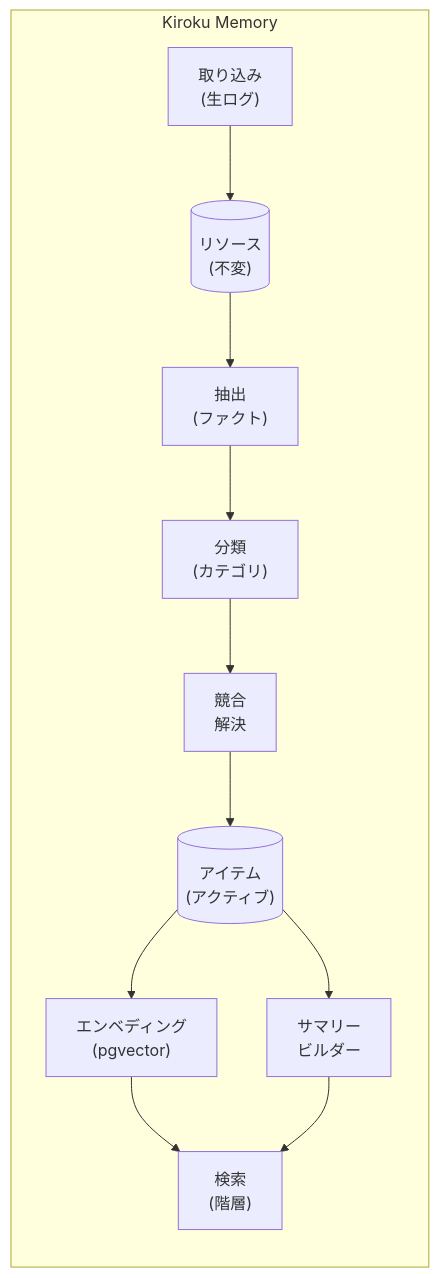
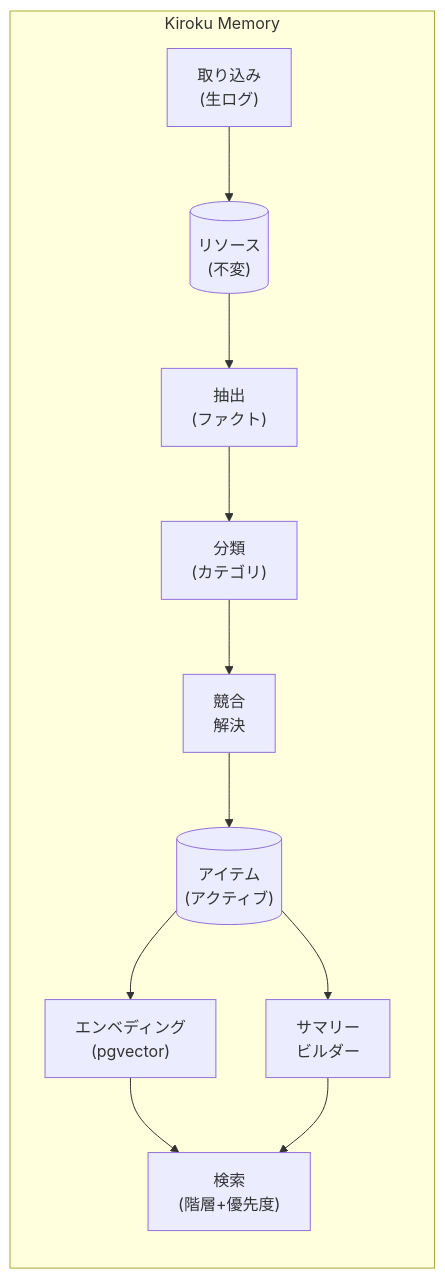
Before and after one commit to yelban/kiroku-memory: the diagram in README.ja.md, drawn with Mermaid. The commit also changed other lines of this file and 15 other files, not shown here.

````diff
--- a/README.ja.md
+++ b/README.ja.md
@@ -44,19 +44,19 @@
 ```mermaid
 flowchart TB
     subgraph KM["Kiroku Memory"]
         direction TB
 
         Ingest["取り込み<br/>(生ログ)"] --> Resources[("リソース<br/>(不変)")]
 
         Resources --> Extract["抽出<br/>(ファクト)"]
         Extract --> Classify["分類<br/>(カテゴリ)"]
         Classify --> Conflict["競合<br/>解決"]
         Conflict --> Items[("アイテム<br/>(アクティブ)")]
 
         Items --> Embeddings["エンベディング<br/>(pgvector)"]
         Items --> Summary["サマリー<br/>ビルダー"]
 
-        Embeddings --> Retrieve["検索<br/>(階層)"]
+        Embeddings --> Retrieve["検索<br/>(階層+優先度)"]
         Summary --> Retrieve
     end
 ```
````
